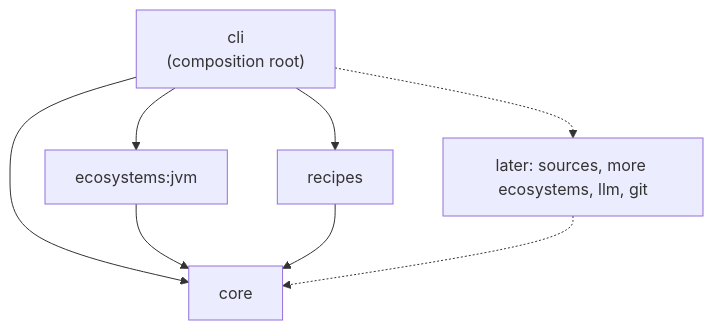
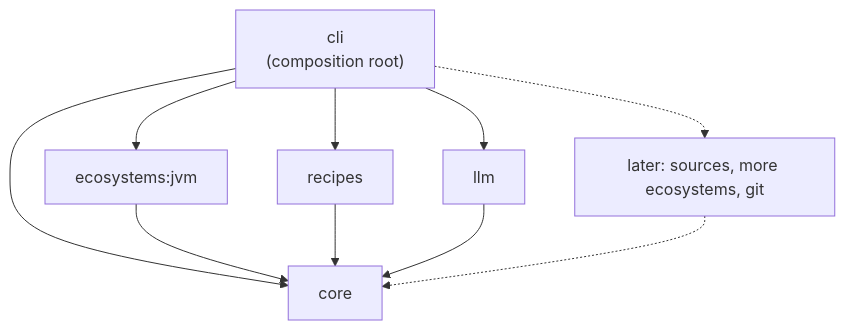
One commit to danvan86/lector-ai changed the second of 6 diagrams in docs/architecture/project-skeleton.md. Above: the diagram before and after it, drawn with Mermaid. The commit also changed other lines of this file and 4 other files, not shown here.

First line of the commit message:
docs(architecture): document the fix loop

````diff
--- a/docs/architecture/project-skeleton.md
+++ b/docs/architecture/project-skeleton.md
@@ -47,10 +48,12 @@
 ```mermaid
 flowchart TB
     cli["cli<br/>(composition root)"] --> core
     jvm["ecosystems:jvm"] --> core
     cli --> jvm
     recipes --> core
     cli --> recipes
-    later["later: sources, more ecosystems, llm, git"] -.-> core
+    llm --> core
+    cli --> llm
+    later["later: sources, more ecosystems, git"] -.-> core
     cli -.-> later
 ```
````
